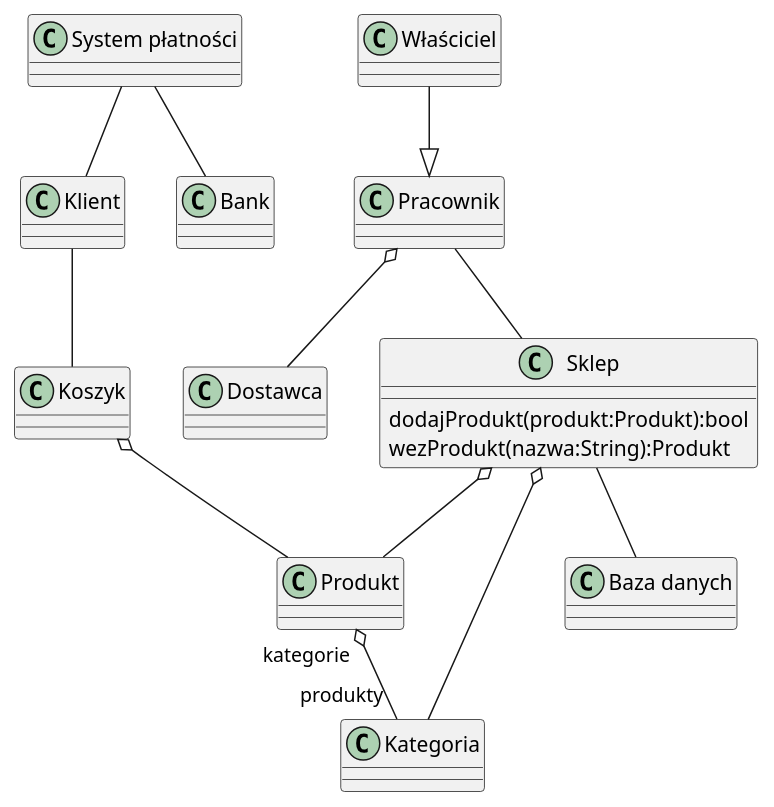
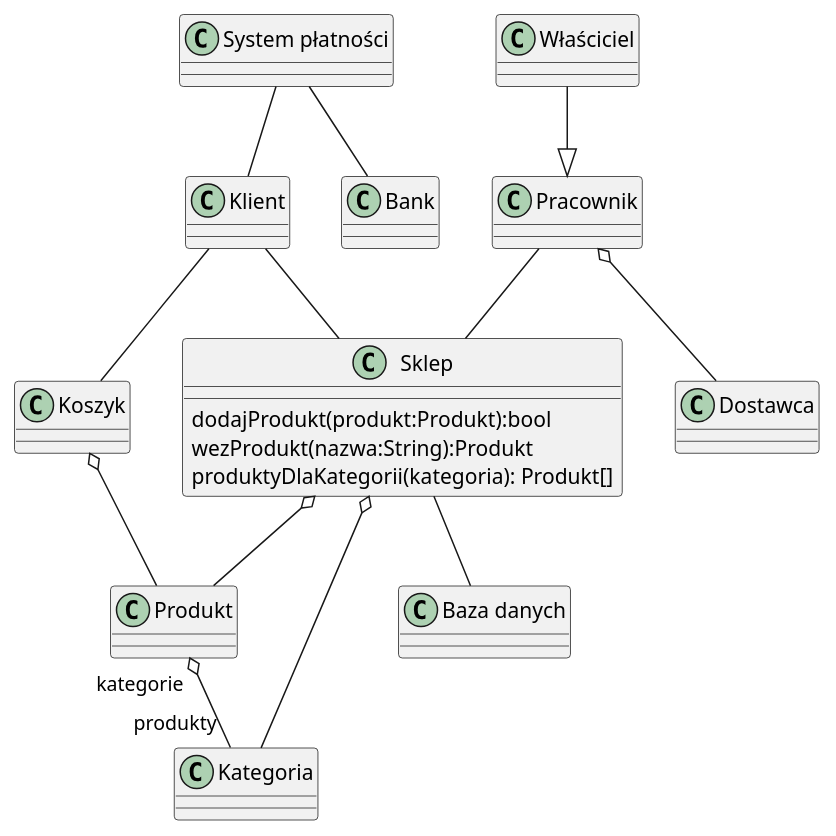
One commit to kpodlaski/Projektowanie_obiektowe_2022 changed the diagram in zaoczne/G1/sklep_object_diagram.plantuml. Above: the diagram before and after it, drawn with PlantUML. The commit also changed 2 other files, not shown here.

```diff
--- a/zaoczne/G1/sklep_object_diagram.plantuml
+++ b/zaoczne/G1/sklep_object_diagram.plantuml
@@ -1,41 +1,44 @@
 @startuml
 allowmixing 
 'elementy class można zastąpic przez object
 
 class Pracownik
 class Właściciel
 class Klient
 class Dostawca
 
 'sklep jest rozumiany jako magazyn, 
 'lub pomieszczenie z produktami (na półkach)
 class Sklep{
     'dodanie do stanu magazynowego
     dodajProdukt(produkt:Produkt):bool
     'zdjęcie ze stanu magazynu
     wezProdukt(nazwa:String):Produkt
+    'znajdź produkt dla Kateorii
+    produktyDlaKategorii(kategoria): Produkt[]
 }
 
 class Koszyk
 class Bank 
 class "System płatności"
 class Produkt{
     ' cena:float
     ' dodajKategorie():void
 }
 class Kategoria
 class "Baza danych"
 
 Właściciel --|> Pracownik
 Pracownik o-- Dostawca
 Klient -- Koszyk
+Klient -- Sklep
 Sklep o-- Produkt
 Sklep o-- Kategoria
 Produkt "kategorie" o-- "produkty" Kategoria
 Pracownik -- Sklep
 "System płatności"  -- Klient
 "System płatności" -- Bank
 Koszyk o-- Produkt
 Sklep -- "Baza danych"
 
 @enduml
```
